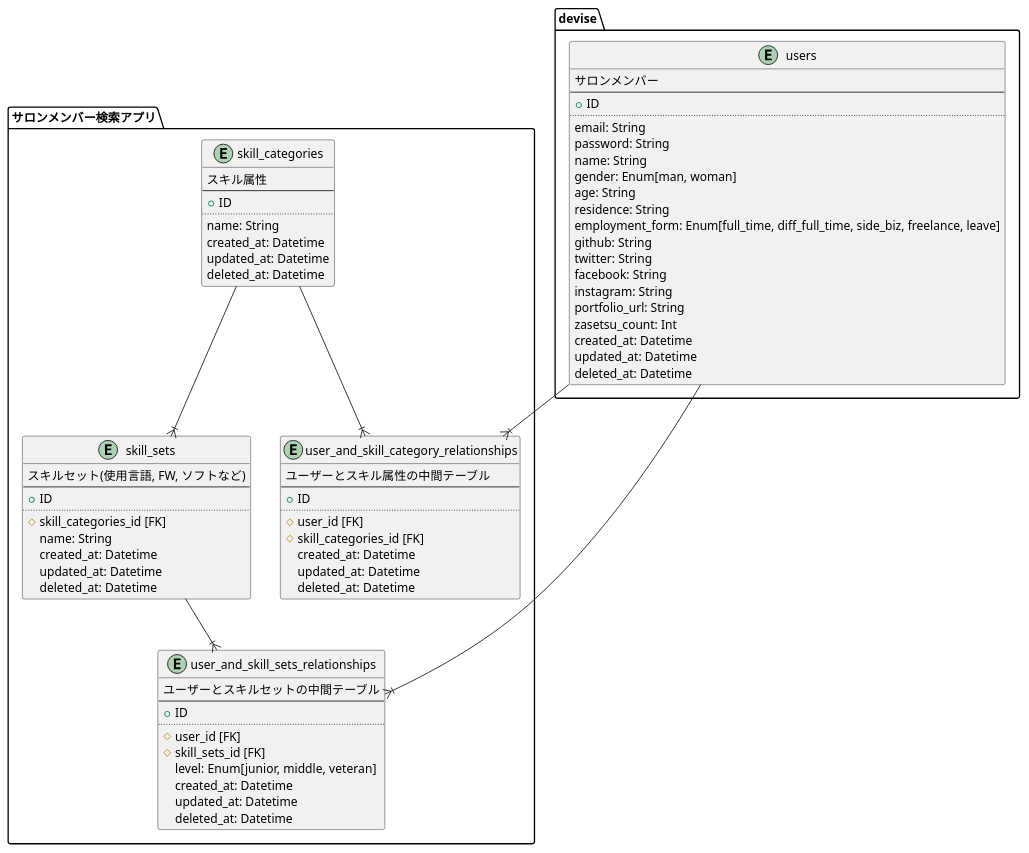
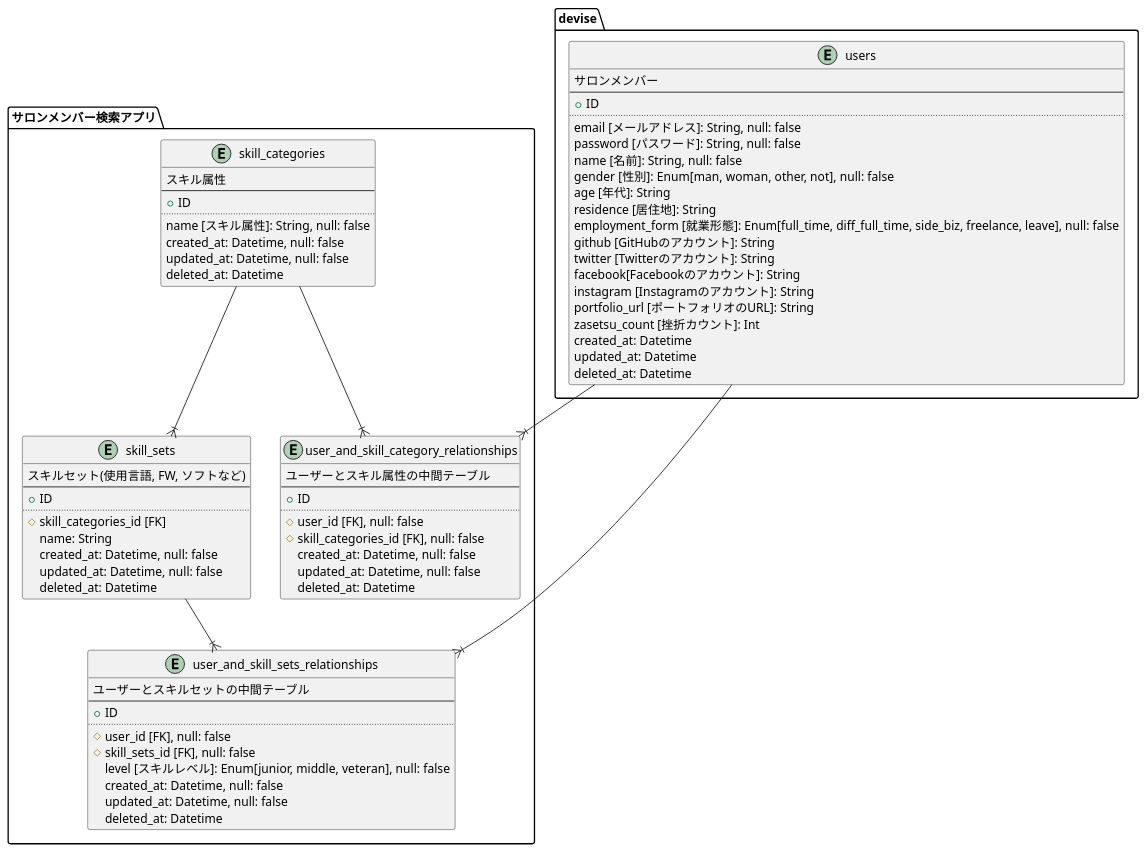
The diagram in DB.puml (zasetsu-norikoe-salon/zasetsu_norikoe_app), drawn with PlantUML before and after one commit.

Commit message:
Update: ER図

```diff
--- a/DB.puml
+++ b/DB.puml
@@ -1,90 +1,90 @@
 @startuml
 'ユーザー'
 package devise {
     entity users{
         サロンメンバー
         --
         + ID
         ..
-        email: String
-        password: String
-        name: String
-        gender: Enum[man, woman]
-        age: String
-        residence: String
-        employment_form: Enum[full_time, diff_full_time, side_biz, freelance, leave]
-        github: String
-        twitter: String
-        facebook: String
-        instagram: String
-        portfolio_url: String
-        zasetsu_count: Int
+        email [メールアドレス]: String, null: false
+        password [パスワード]: String, null: false
+        name [名前]: String, null: false
+        gender [性別]: Enum[man, woman, other, not], null: false
+        age [年代]: String
+        residence [居住地]: String
+        employment_form [就業形態]: Enum[full_time, diff_full_time, side_biz, freelance, leave], null: false
+        github [GitHubのアカウント]: String
+        twitter [Twitterのアカウント]: String
+        facebook[Facebookのアカウント]: String
+        instagram [Instagramのアカウント]: String
+        portfolio_url [ポートフォリオのURL]: String
+        zasetsu_count [挫折カウント]: Int
         created_at: Datetime
         updated_at: Datetime
         deleted_at: Datetime
     }
 }
 
 package サロンメンバー検索アプリ {
     'スキル'
     entity skill_categories {
         スキル属性
         --
         + ID
         ..
-        name: String
-        created_at: Datetime
-        updated_at: Datetime
+        name [スキル属性]: String, null: false
+        created_at: Datetime, null: false
+        updated_at: Datetime, null: false
         deleted_at: Datetime
     }
 
     '技術'
     entity skill_sets {
         スキルセット(使用言語, FW, ソフトなど)
         --
         + ID
         ..
         # skill_categories_id [FK]
         name: String
-        created_at: Datetime
-        updated_at: Datetime
+        created_at: Datetime, null: false
+        updated_at: Datetime, null: false
         deleted_at: Datetime
     }
 
     'ユーザーとスキルカテゴリーの中間テーブル'
     entity user_and_skill_category_relationships {
         ユーザーとスキル属性の中間テーブル
         --
         + ID
         ..
-        # user_id [FK]
-        # skill_categories_id [FK]
-        created_at: Datetime
-        updated_at: Datetime
+        # user_id [FK], null: false
+        # skill_categories_id [FK], null: false
+        created_at: Datetime, null: false
+        updated_at: Datetime, null: false
         deleted_at: Datetime
     }
 
     'ユーザーとスキルセットの中間テーブル'
     entity user_and_skill_sets_relationships {
         ユーザーとスキルセットの中間テーブル
         --
         + ID
         ..
-        # user_id [FK]
-        # skill_sets_id [FK]
-        level: Enum[junior, middle, veteran]
-        created_at: Datetime
-        updated_at: Datetime
+        # user_id [FK], null: false
+        # skill_sets_id [FK], null: false
+        level [スキルレベル]: Enum[junior, middle, veteran], null: false
+        created_at: Datetime, null: false
+        updated_at: Datetime, null: false
         deleted_at: Datetime
     }
 }
 
 users --|{ user_and_skill_category_relationships
 skill_categories --|{ user_and_skill_category_relationships
 
 users --|{ user_and_skill_sets_relationships
 skill_sets --|{ user_and_skill_sets_relationships
 
 skill_categories --|{ skill_sets
 
 @enduml
```
